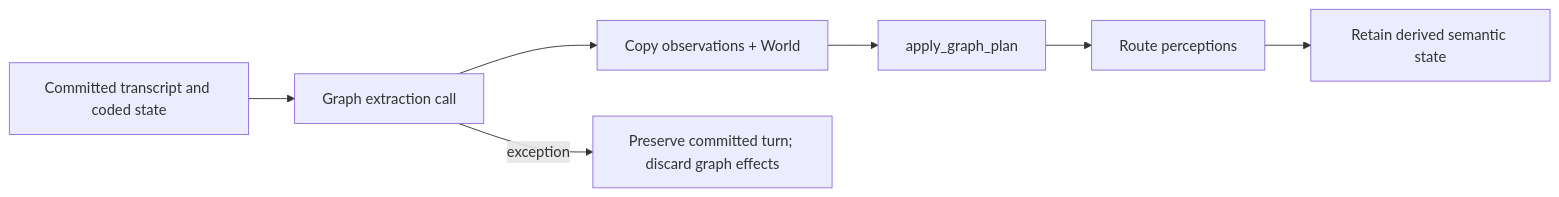
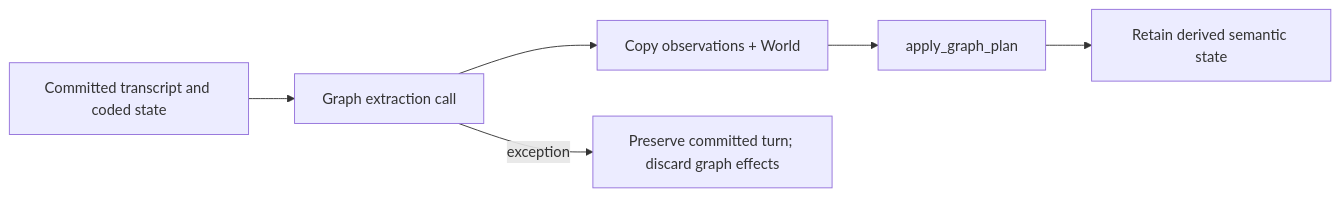
Before and after one commit to JiangWZW/Rhapsode: the diagram in wiki/architecture/plot-graph.md, drawn with Mermaid. The commit also changed other lines of this file and 31 other files, not shown here.

````diff
--- a/wiki/architecture/plot-graph.md
+++ b/wiki/architecture/plot-graph.md
@@ -73,9 +72,8 @@
 ```mermaid
 flowchart LR
     Commit["Committed transcript and coded state"] --> Extract["Graph extraction call"]
     Extract --> Copy["Copy observations + World"]
     Copy --> Apply["apply_graph_plan"]
-    Apply --> Route["Route perceptions"]
-    Route --> Replace["Retain derived semantic state"]
+    Apply --> Replace["Retain derived semantic state"]
     Extract -->|"exception"| Preserve["Preserve committed turn; discard graph effects"]
 ```
````
